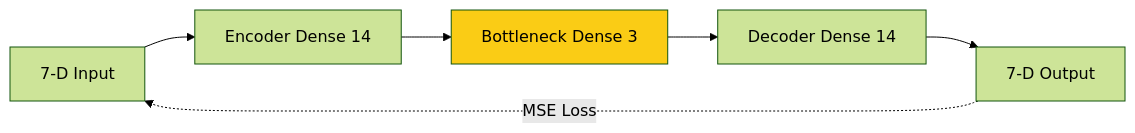
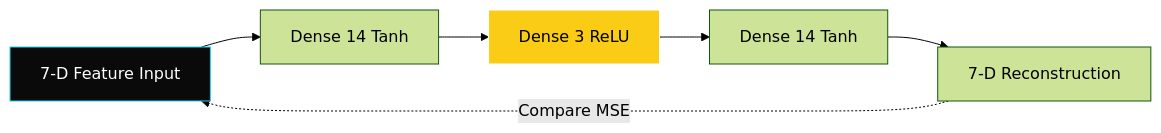
The third of 6 diagrams in TECHNICAL_SPEC.md (ritvikindupuri/Orbitwatch), drawn with Mermaid (forest theme) before and after one commit. The commit also changed other lines of this file, not shown here.

````diff
--- a/TECHNICAL_SPEC.md
+++ b/TECHNICAL_SPEC.md
@@ -169,6 +188,9 @@
 ```mermaid
 graph LR
-    I[7-D Input] --> E[Encoder Dense 14] --> B[Bottleneck Dense 3] --> D[Decoder Dense 14] --> O[7-D Output]
-    O -.->|MSE Loss| I
-    style B fill:#facc15,color:#000
+    Input[7-D Feature Input] --> Encoder[Dense 14 Tanh] --> Bottleneck[Dense 3 ReLU]
+    Bottleneck --> Decoder[Dense 14 Tanh] --> Output[7-D Reconstruction]
+    Output -.->|Compare MSE| Input
+    
+    style Bottleneck fill:#facc15,stroke:#fff,color:#000
+    style Input fill:#0a0a0a,stroke:#22d3ee,color:#fff
 ```
````
